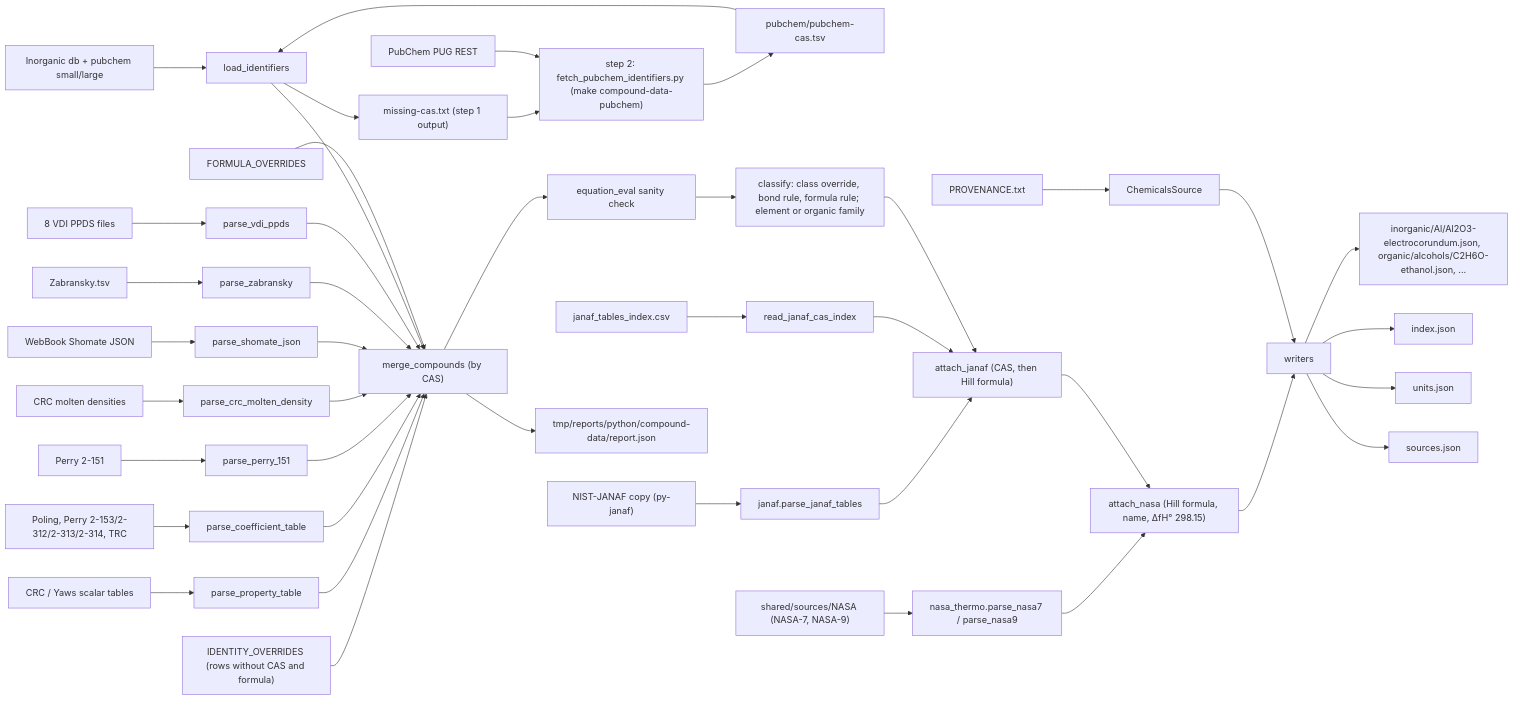
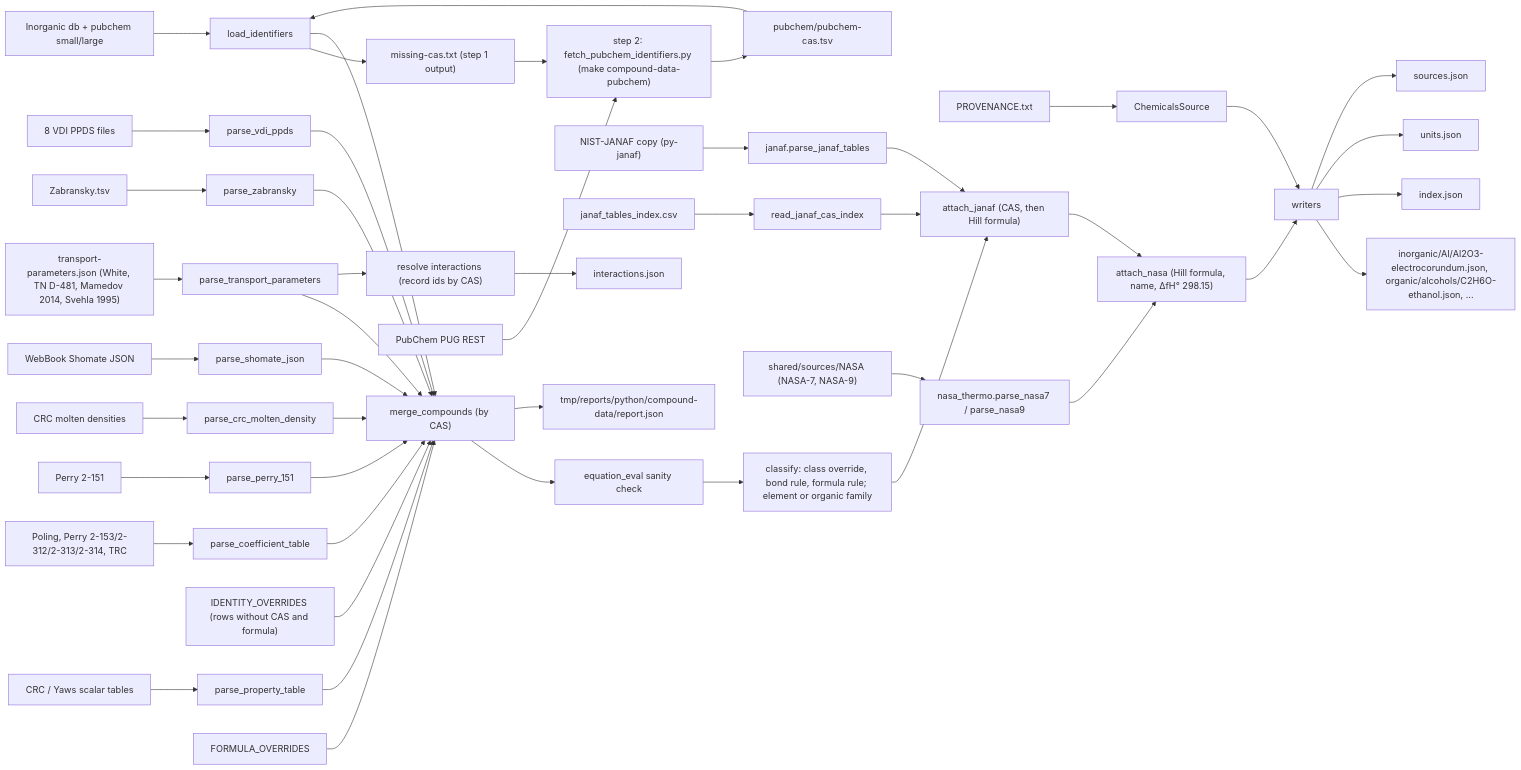
Before and after one commit to zakhovalkopavel/thermal-software: the diagram in docs/scripts/COMPOUND_DATA_SPEC.md, drawn with Mermaid. The commit also changed other lines of this file and 32 other files, not shown here.

````diff
--- a/docs/scripts/COMPOUND_DATA_SPEC.md
+++ b/docs/scripts/COMPOUND_DATA_SPEC.md
@@ -141,44 +149,48 @@
 ```mermaid
 flowchart LR
   provenance["PROVENANCE.txt"] --> source["ChemicalsSource"]
   scalarTables["CRC / Yaws scalar tables"] --> propParser["parse_property_table"]
   coeffTables["Poling, Perry 2-153/2-312/2-313/2-314, TRC"] --> coeffParser["parse_coefficient_table"]
   perry151["Perry 2-151"] --> perryParser["parse_perry_151"]
   molten["CRC molten densities"] --> moltenParser["parse_crc_molten_density"]
   shomateJson["WebBook Shomate JSON"] --> shomateParser["parse_shomate_json"]
   zabransky["Zabransky.tsv"] --> zabParser["parse_zabransky"]
   vdi["8 VDI PPDS files"] --> vdiParser["parse_vdi_ppds"]
+  transport["transport-parameters.json (White, TN D-481, Mamedov 2014, Svehla 1995)"] --> transportParser["parse_transport_parameters"]
+  transportParser --> merger
+  transportParser --> interactions["resolve interactions (record ids by CAS)"]
+  interactions --> interactionsFile["interactions.json"]
   identity["IDENTITY_OVERRIDES (rows without CAS and formula)"] --> merger
   ids["Inorganic db + pubchem small/large"] --> resolver["load_identifiers"]
   resolver --> missingCas["missing-cas.txt (step 1 output)"]
   missingCas --> fetch["step 2: fetch_pubchem_identifiers.py (make compound-data-pubchem)"]
   pubchemApi["PubChem PUG REST"] --> fetch
   fetch --> pubchemCache["pubchem/pubchem-cas.tsv"]
   pubchemCache --> resolver
   janafTables["NIST-JANAF copy (py-janaf)"] --> janafParser["janaf.parse_janaf_tables"]
   janafCas["janaf_tables_index.csv"] --> janafCasReader["read_janaf_cas_index"]
   janafParser --> janafLinks["attach_janaf (CAS, then Hill formula)"]
   janafCasReader --> janafLinks
   nasaSources["shared/sources/NASA (NASA-7, NASA-9)"] --> nasaParser["nasa_thermo.parse_nasa7 / parse_nasa9"]
   nasaParser --> nasaLinks["attach_nasa (Hill formula, name, ΔfH° 298.15)"]
   propParser --> merger["merge_compounds (by CAS)"]
   coeffParser --> merger
   perryParser --> merger
   moltenParser --> merger
   shomateParser --> merger
   zabParser --> merger
   vdiParser --> merger
   resolver --> merger
   overrides["FORMULA_OVERRIDES"] --> merger
   merger --> sanity["equation_eval sanity check"]
   sanity --> classify["classify: class override, bond rule, formula rule; element or organic family"]
   classify --> janafLinks
   janafLinks --> nasaLinks
   nasaLinks --> writer["writers"]
   source --> writer
   writer --> compoundFiles["inorganic/Al/Al2O3-electrocorundum.json, organic/alcohols/C2H6O-ethanol.json, ..."]
   writer --> indexFile["index.json"]
   writer --> unitsFile["units.json"]
   writer --> sourcesFile["sources.json"]
   merger --> report["tmp/reports/python/compound-data/report.json"]
 ```
````
